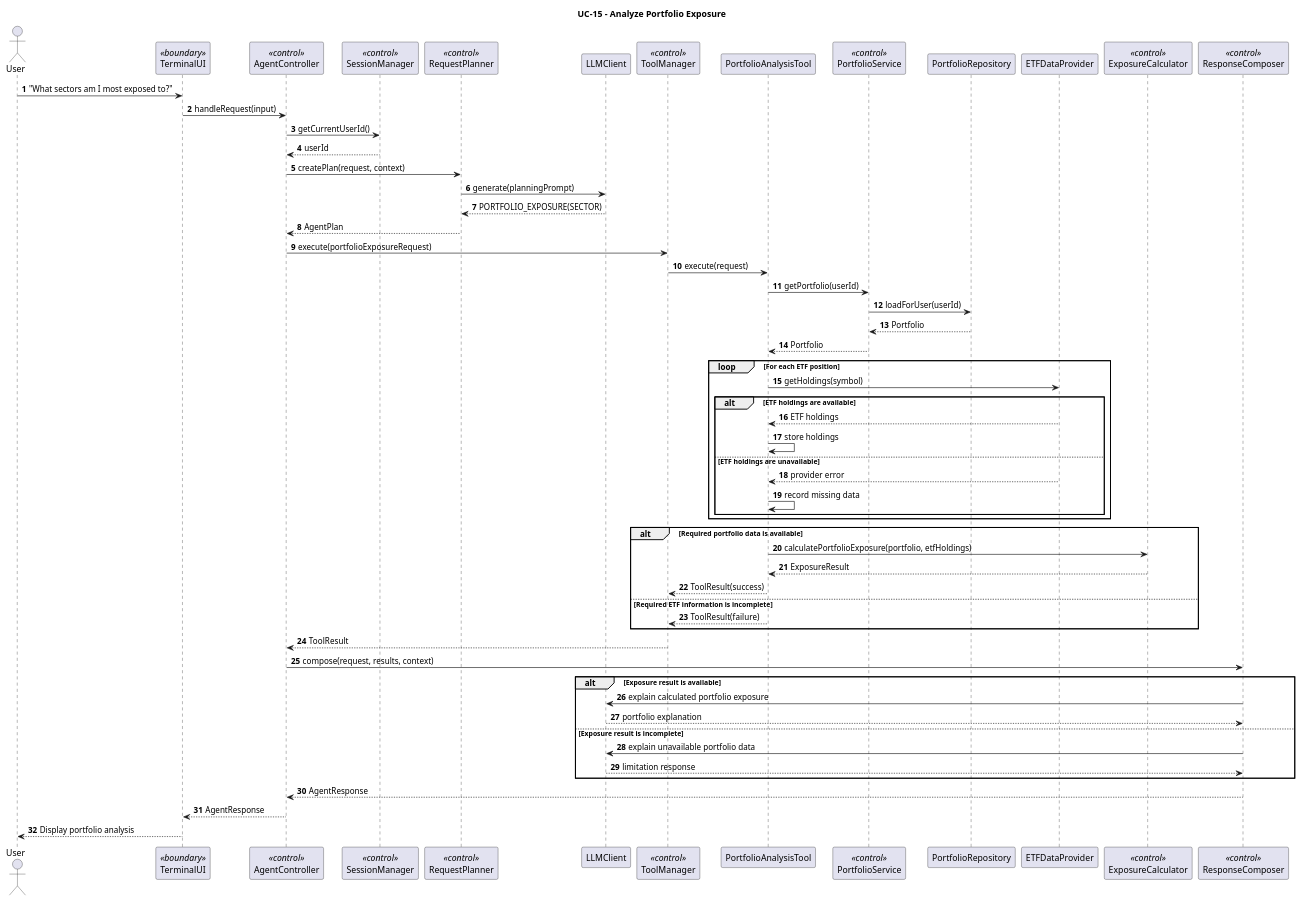
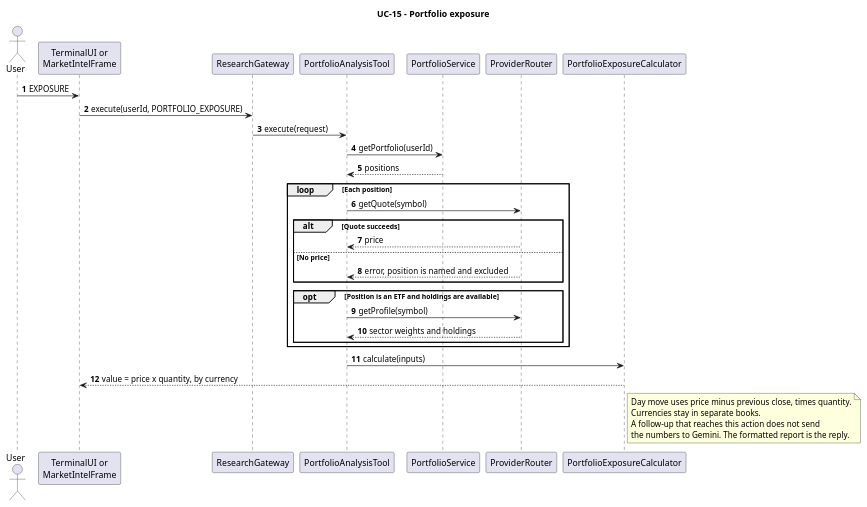
The diagram in docs/uml/sequence-portfolio-analysis.puml (xAssasinSoulx/market-intelligence-agent), drawn with PlantUML before and after one commit. The commit also changed 27 other files, not shown here.

First line of the commit message:
docs: record the Stage 2 implementation in the report and diagrams

```diff
--- a/docs/uml/sequence-portfolio-analysis.puml
+++ b/docs/uml/sequence-portfolio-analysis.puml
@@ -1,76 +1,43 @@
 @startuml
-title UC-15 - Analyze Portfolio Exposure
+title UC-15 - Portfolio exposure
 
 autonumber
 
 actor User
+participant "TerminalUI or\nMarketIntelFrame" as UI
+participant ResearchGateway
+participant PortfolioAnalysisTool
+participant PortfolioService
+participant ProviderRouter
+participant PortfolioExposureCalculator
 
-participant TerminalUI <<boundary>>
-participant AgentController <<control>>
-participant SessionManager <<control>>
-participant RequestPlanner <<control>>
-participant LLMClient
-participant ToolManager <<control>>
-participant PortfolioAnalysisTool
-participant PortfolioService <<control>>
-participant PortfolioRepository
-participant ETFDataProvider
-participant ExposureCalculator <<control>>
-participant ResponseComposer <<control>>
+User -> UI : EXPOSURE
+UI -> ResearchGateway : execute(userId, PORTFOLIO_EXPOSURE)
+ResearchGateway -> PortfolioAnalysisTool : execute(request)
+PortfolioAnalysisTool -> PortfolioService : getPortfolio(userId)
+PortfolioService --> PortfolioAnalysisTool : positions
 
-User -> TerminalUI : "What sectors am I most exposed to?"
-TerminalUI -> AgentController : handleRequest(input)
-
-AgentController -> SessionManager : getCurrentUserId()
-SessionManager --> AgentController : userId
-
-AgentController -> RequestPlanner : createPlan(request, context)
-RequestPlanner -> LLMClient : generate(planningPrompt)
-LLMClient --> RequestPlanner : PORTFOLIO_EXPOSURE(SECTOR)
-RequestPlanner --> AgentController : AgentPlan
-
-AgentController -> ToolManager : execute(portfolioExposureRequest)
-ToolManager -> PortfolioAnalysisTool : execute(request)
-
-PortfolioAnalysisTool -> PortfolioService : getPortfolio(userId)
-PortfolioService -> PortfolioRepository : loadForUser(userId)
-PortfolioRepository --> PortfolioService : Portfolio
-PortfolioService --> PortfolioAnalysisTool : Portfolio
-
-loop For each ETF position
-    PortfolioAnalysisTool -> ETFDataProvider : getHoldings(symbol)
-
-    alt ETF holdings are available
-        ETFDataProvider --> PortfolioAnalysisTool : ETF holdings
-        PortfolioAnalysisTool -> PortfolioAnalysisTool : store holdings
-    else ETF holdings are unavailable
-        ETFDataProvider --> PortfolioAnalysisTool : provider error
-        PortfolioAnalysisTool -> PortfolioAnalysisTool : record missing data
+loop Each position
+    PortfolioAnalysisTool -> ProviderRouter : getQuote(symbol)
+    alt Quote succeeds
+        ProviderRouter --> PortfolioAnalysisTool : price
+    else No price
+        ProviderRouter --> PortfolioAnalysisTool : error, position is named and excluded
+    end
+    opt Position is an ETF and holdings are available
+        PortfolioAnalysisTool -> ProviderRouter : getProfile(symbol)
+        ProviderRouter --> PortfolioAnalysisTool : sector weights and holdings
     end
 end
 
-alt Required portfolio data is available
-    PortfolioAnalysisTool -> ExposureCalculator : calculatePortfolioExposure(portfolio, etfHoldings)
-    ExposureCalculator --> PortfolioAnalysisTool : ExposureResult
-    PortfolioAnalysisTool --> ToolManager : ToolResult(success)
-else Required ETF information is incomplete
-    PortfolioAnalysisTool --> ToolManager : ToolResult(failure)
-end
+PortfolioAnalysisTool -> PortfolioExposureCalculator : calculate(inputs)
+PortfolioExposureCalculator --> UI : value = price x quantity, by currency
 
-ToolManager --> AgentController : ToolResult
-
-AgentController -> ResponseComposer : compose(request, results, context)
-
-alt Exposure result is available
-    ResponseComposer -> LLMClient : explain calculated portfolio exposure
-    LLMClient --> ResponseComposer : portfolio explanation
-else Exposure result is incomplete
-    ResponseComposer -> LLMClient : explain unavailable portfolio data
-    LLMClient --> ResponseComposer : limitation response
-end
-
-ResponseComposer --> AgentController : AgentResponse
-AgentController --> TerminalUI : AgentResponse
-TerminalUI --> User : Display portfolio analysis
+note right of PortfolioExposureCalculator
+  Day move uses price minus previous close, times quantity.
+  Currencies stay in separate books.
+  A follow-up that reaches this action does not send
+  the numbers to Gemini. The formatted report is the reply.
+end note
 
 @enduml
```
